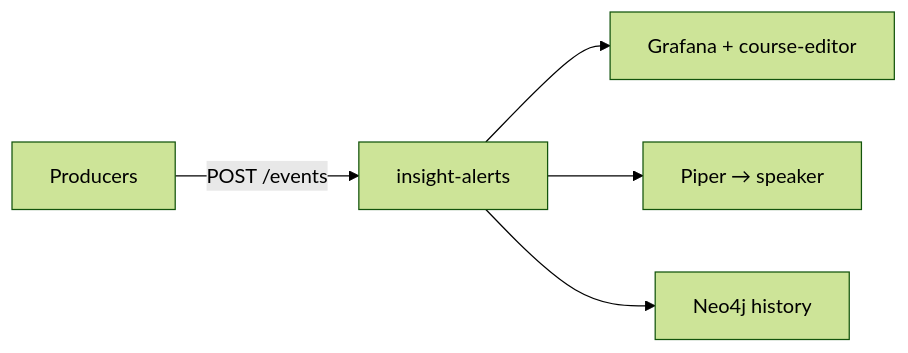
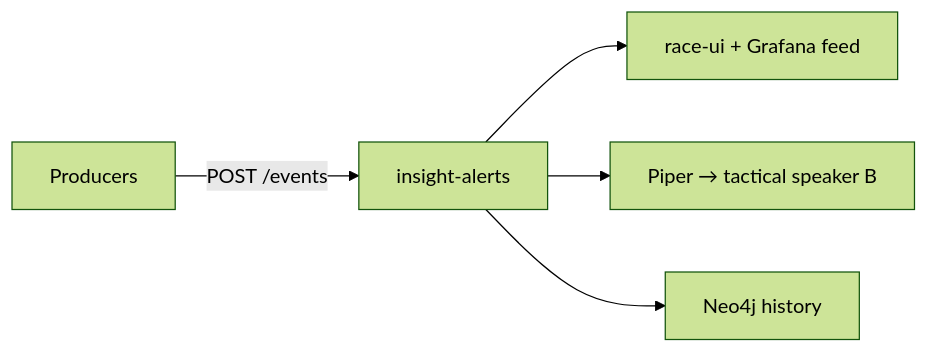
Before and after one commit to cognite-fholm/AI-sailing-system: diagram 27 of 33 in spec.md, drawn with Mermaid (forest theme). The commit also changed other lines of this file and 9 other files, not shown here.

First line of the commit message:
docs(spec): ADR-0018?0020 ? three-Pi deploy, PredictWind GRIB, course-editor SoR

````diff
--- a/spec.md
+++ b/spec.md
@@ -3137,7 +3205,7 @@
 ```mermaid
 flowchart LR
   P[Producers] -->|POST /events| IA[insight-alerts]
-  IA --> UI[Grafana + course-editor]
-  IA --> TTS[Piper → speaker]
+  IA --> UI[race-ui + Grafana feed]
+  IA --> TTS[Piper → tactical speaker B]
   IA --> NEO[Neo4j history]
 ```
````
